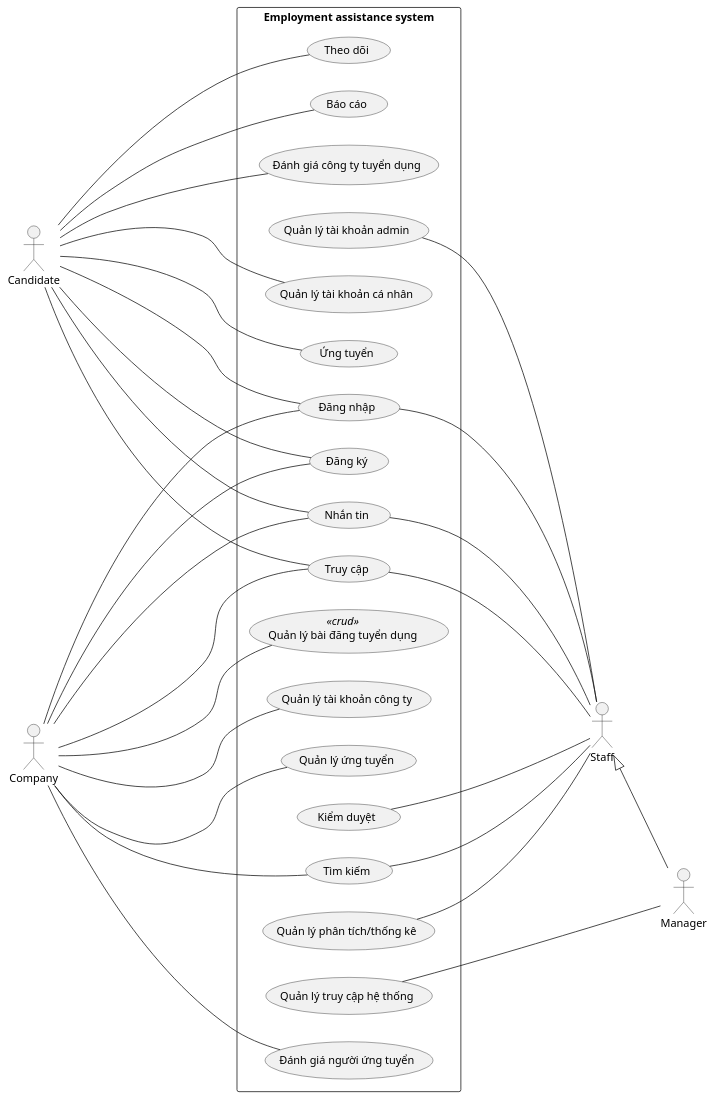
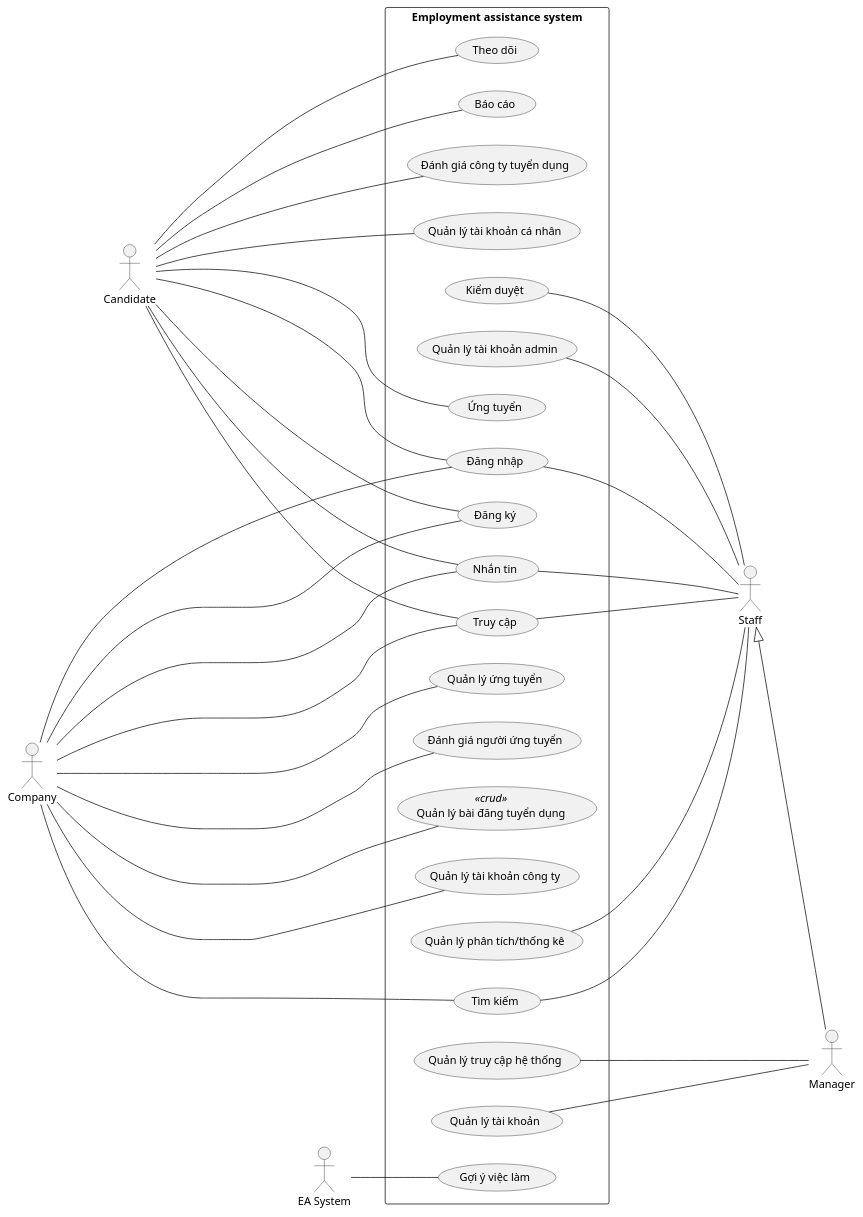
One commit to Griselda4774/EAS-EmploymentAssistanceSystem changed the diagram in Lab1/Lab 1.2 Diagram/Use case/FilePUML/0. UsecaseTongQuat.puml. Above: the diagram before and after it, drawn with PlantUML. The commit also changed 14 other files, not shown here.

```diff
--- a/Lab1/Lab 1.2 Diagram/Use case/FilePUML/0. UsecaseTongQuat.puml
+++ b/Lab1/Lab 1.2 Diagram/Use case/FilePUML/0. UsecaseTongQuat.puml
@@ -1,61 +1,66 @@
 @startuml UsecaseTongQuat
 left to right direction
 
 actor "Staff" as nhanVien
 actor "Manager" as quanLy
 actor "Candidate" as nguoiUngTuyen
 actor "Company" as congTy
+actor "EA System" as heThong
 
 rectangle "Employment assistance system" {
     usecase "Đăng nhập" as dangNhap
     usecase "Đăng ký" as dangKy
     usecase "Quản lý bài đăng tuyển dụng" as quanLyBaiDang <<crud>>
     usecase "Theo dõi" as theoDoi
     usecase "Báo cáo" as baoCao
     usecase "Đánh giá công ty tuyển dụng" as danhGiaCongTyTuyenDung
     usecase "Quản lý tài khoản cá nhân" as quanLyTaiKhoanCaNhan
     usecase "Quản lý tài khoản công ty" as quanLyTaiKhoanCongTy
     usecase "Ứng tuyển" as ungTuyen
     usecase "Quản lý ứng tuyển" as quanLyUngTuyen
     usecase "Nhắn tin" as nhanTin
     usecase "Tìm kiếm" as timKiem
     usecase "Truy cập" as truyCap
     usecase "Quản lý phân tích/thống kê" as quanLyPhanTich
     usecase "Kiểm duyệt" as kiemDuyet
     usecase "Quản lý truy cập hệ thống" as quanLyTruyCap
     usecase "Quản lý tài khoản admin" as quanLyTaiKhoanAdmin
     usecase "Đánh giá người ứng tuyển" as danhGiaNguoiUngTuyen
+    usecase "Quản lý tài khoản" as quanLyTaiKhoan
+    usecase "Gợi ý việc làm" as goiYViecLam
 }
 
 dangNhap ---- nhanVien
 nhanTin ---- nhanVien
 timKiem ---- nhanVien
 truyCap ---- nhanVien
 quanLyPhanTich ---- nhanVien
 kiemDuyet ---- nhanVien
 quanLyTaiKhoanAdmin ---- nhanVien
 
 nhanVien ^-- quanLy
 quanLyTruyCap -- quanLy
+quanLyTaiKhoan -- quanLy
 
 nguoiUngTuyen ----- dangNhap
 nguoiUngTuyen ----- dangKy
 nguoiUngTuyen ----- theoDoi
 nguoiUngTuyen ----- baoCao
 nguoiUngTuyen ----- danhGiaCongTyTuyenDung
 nguoiUngTuyen ----- quanLyTaiKhoanCaNhan
 nguoiUngTuyen ----- ungTuyen
 nguoiUngTuyen ----- nhanTin
 nguoiUngTuyen ----- truyCap
 
-congTy ----- dangNhap
-congTy ----- dangKy
-congTy ----- quanLyBaiDang
-congTy ----- quanLyTaiKhoanCongTy
-congTy ----- quanLyUngTuyen
-congTy ----- nhanTin
-congTy ----- timKiem
-congTy ----- truyCap
-congTy ----- danhGiaNguoiUngTuyen
+congTy ------ dangNhap
+congTy ------ dangKy
+congTy ------ quanLyBaiDang
+congTy ------ quanLyTaiKhoanCongTy
+congTy ------ quanLyUngTuyen
+congTy ------ nhanTin
+congTy ------ timKiem
+congTy ------ truyCap
+congTy ------ danhGiaNguoiUngTuyen
 
+heThong -- goiYViecLam
 @enduml
```
